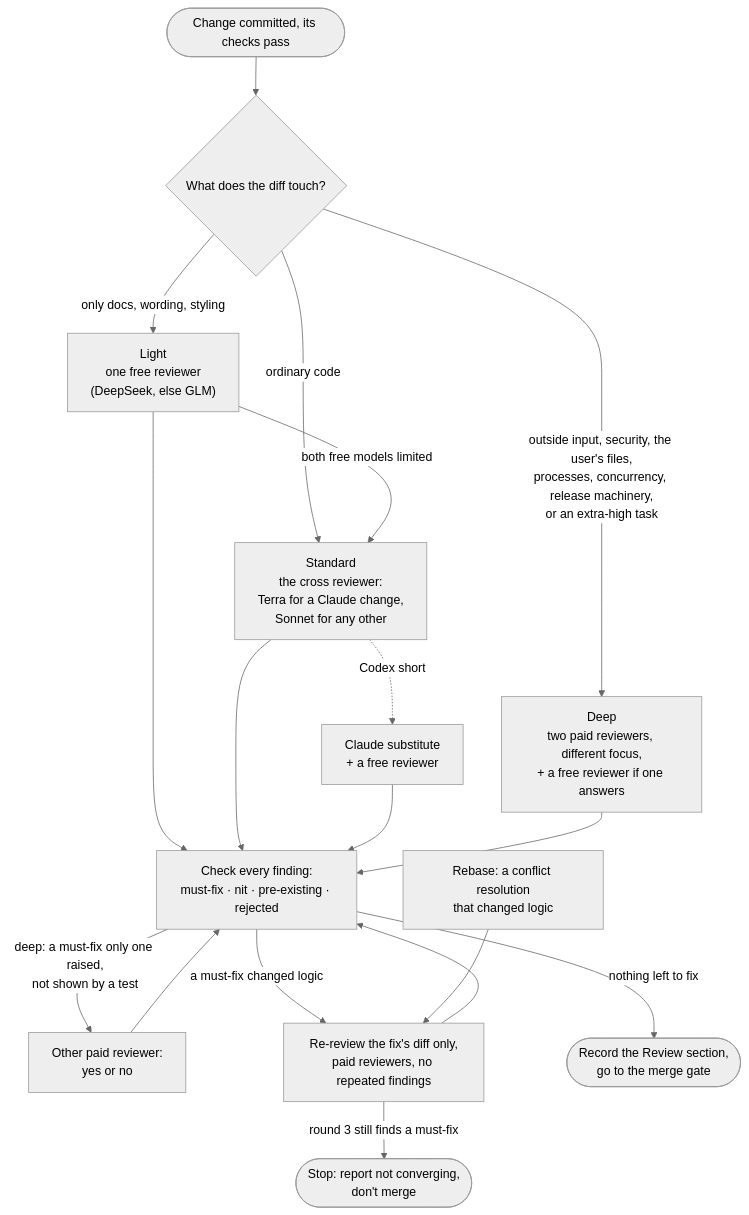
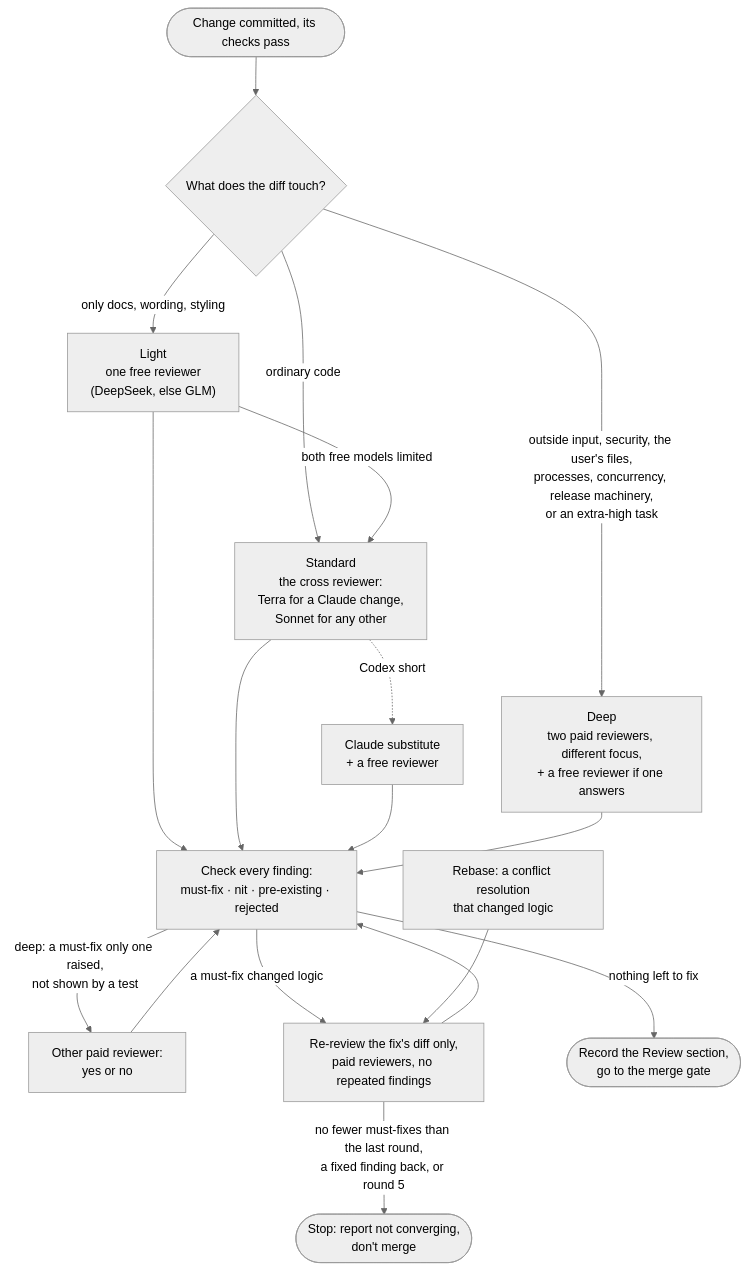
The diagram in docs/skills/review-gate/README.md (kristianbonnici/agent-skills), drawn with Mermaid (neutral theme) before and after one commit. The commit also changed 6 other files, not shown here.

````diff
--- a/docs/skills/review-gate/README.md
+++ b/docs/skills/review-gate/README.md
@@ -12,17 +12,17 @@
 ```mermaid
 flowchart TD
   start([Change committed, its checks pass]) --> level{What does the diff touch?}
   level -->|"only docs, wording, styling"| light["Light<br/>one free reviewer<br/>(DeepSeek, else GLM)"]
   level -->|ordinary code| standard["Standard<br/>the cross reviewer:<br/>Terra for a Claude change,<br/>Sonnet for any other"]
   level -->|"outside input, security, the user's files,<br/>processes, concurrency, release machinery,<br/>or an extra-high task"| deep["Deep<br/>two paid reviewers, different focus,<br/>+ a free reviewer if one answers"]
   light -->|both free models limited| standard
   standard -.->|Codex short| sub["Claude substitute<br/>+ a free reviewer"]
   light & standard & sub & deep --> sort["Check every finding:<br/>must-fix · nit · pre-existing · rejected"]
   sort -->|"deep: a must-fix only one raised,<br/>not shown by a test"| second["Other paid reviewer:<br/>yes or no"]
   second --> sort
   sort -->|a must-fix changed logic| rereview["Re-review the fix's diff only,<br/>paid reviewers, no repeated findings"]
   rebase["Rebase: a conflict resolution<br/>that changed logic"] --> rereview
-  rereview -->|round 3 still finds a must-fix| stop([Stop: report not converging,<br/>don't merge])
+  rereview -->|"no fewer must-fixes than the last round,<br/>a fixed finding back, or round 5"| stop([Stop: report not converging,<br/>don't merge])
   rereview --> sort
   sort -->|nothing left to fix| record([Record the Review section,<br/>go to the merge gate])
 ```
````
